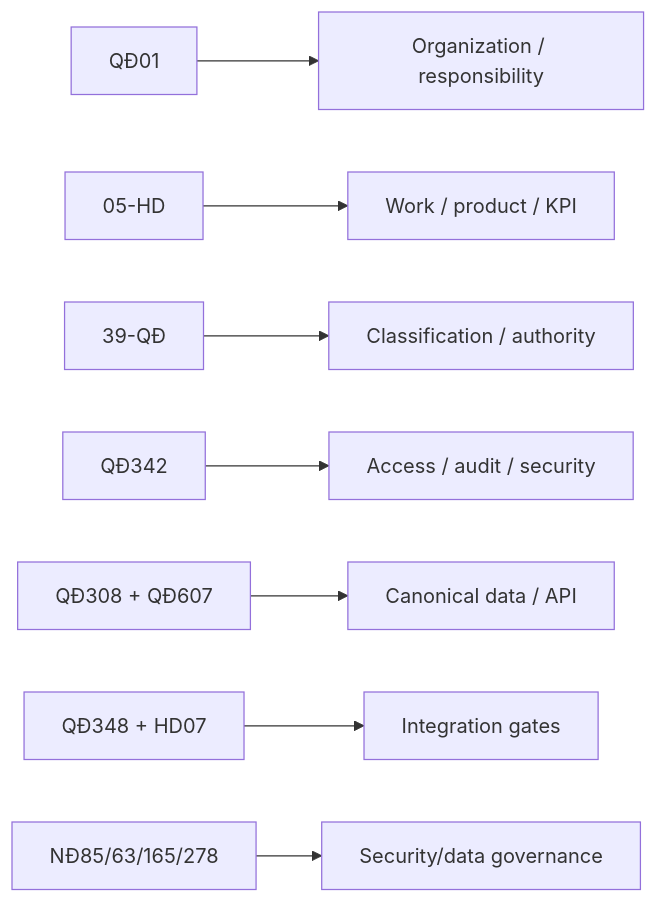
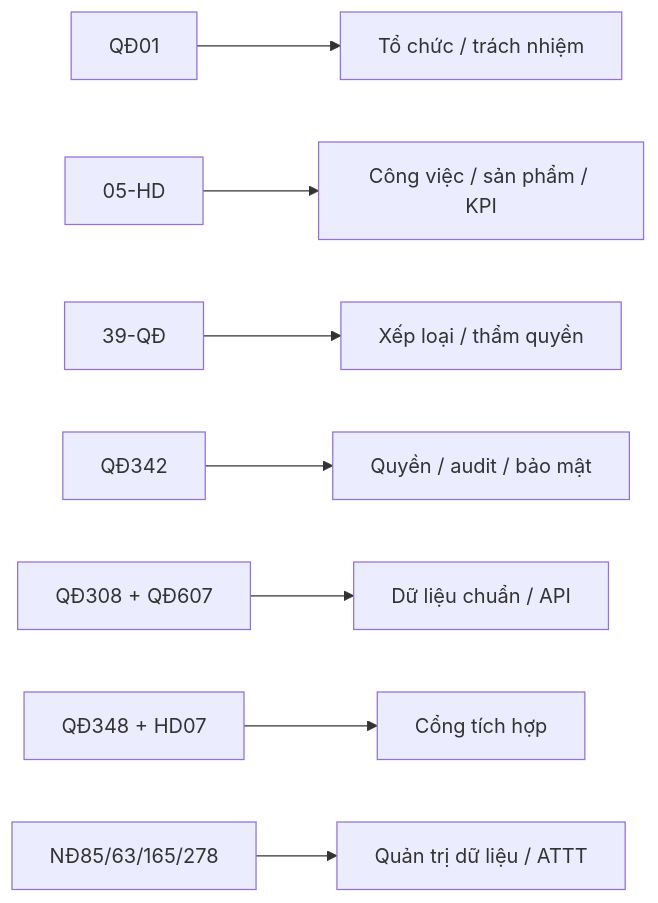
The diagram in docs/00-overview.md (chotr/BTCTU), drawn with Mermaid before and after one commit. The commit also changed other lines of this file and 187 other files, not shown here.

````diff
--- a/docs/00-overview.md
+++ b/docs/00-overview.md
@@ -9,10 +7,10 @@
 ```mermaid
 flowchart LR
-  Q1["QĐ01"] --> ORG["Organization / responsibility"]
-  H5["05-HD"] --> KPI["Work / product / KPI"]
-  Q39["39-QĐ"] --> EV["Classification / authority"]
-  Q342["QĐ342"] --> GOV["Access / audit / security"]
-  DICT["QĐ308 + QĐ607"] --> DATA["Canonical data / API"]
-  CONN["QĐ348 + HD07"] --> INT["Integration gates"]
-  SEC["NĐ85/63/165/278"] --> SG["Security/data governance"]
+  Q1["QĐ01"] --> ORG["Tổ chức / trách nhiệm"]
+  H5["05-HD"] --> KPI["Công việc / sản phẩm / KPI"]
+  Q39["39-QĐ"] --> EV["Xếp loại / thẩm quyền"]
+  Q342["QĐ342"] --> GOV["Quyền / audit / bảo mật"]
+  DICT["QĐ308 + QĐ607"] --> DATA["Dữ liệu chuẩn / API"]
+  CONN["QĐ348 + HD07"] --> INT["Cổng tích hợp"]
+  SEC["NĐ85/63/165/278"] --> SG["Quản trị dữ liệu / ATTT"]
 ```
````
